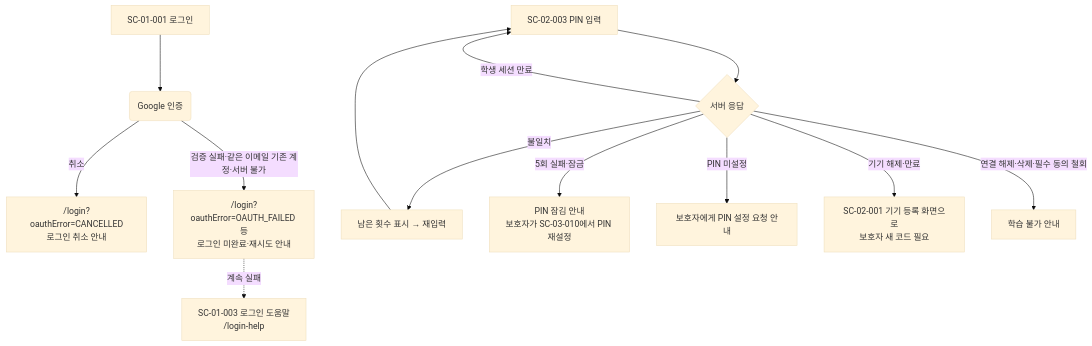
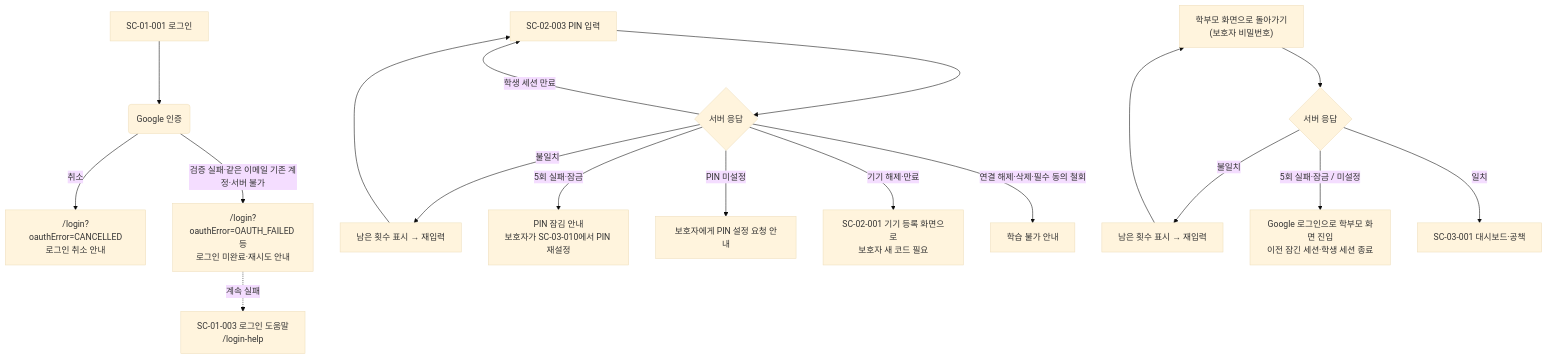
The sixth of 12 diagrams in docs/design/user-flow.md (SKNETWORKS-FAMILY-AICAMP/SKN34-FINAL-3TEAM), drawn with Mermaid (base theme) before and after one commit. The commit also changed other lines of this file and 6 other files, not shown here.

````diff
--- a/docs/design/user-flow.md
+++ b/docs/design/user-flow.md
@@ -210,15 +223,20 @@
 ```mermaid
 flowchart TD
   L["SC-01-001 로그인"] --> G("Google 인증")
   G -->|"취소"| E1["/login?oauthError=CANCELLED<br/>로그인 취소 안내"]
   G -->|"검증 실패·같은 이메일 기존 계정·서버 불가"| E2["/login?oauthError=OAUTH_FAILED 등<br/>로그인 미완료·재시도 안내"]
   E2 -.->|"계속 실패"| E3["SC-01-003 로그인 도움말<br/>/login-help"]
 
   K["SC-02-003 PIN 입력"] --> PIN{"서버 응답"}
   PIN -->|"불일치"| R1["남은 횟수 표시 → 재입력"] --> K
   PIN -->|"5회 실패·잠금"| R2["PIN 잠김 안내<br/>보호자가 SC-03-010에서 PIN 재설정"]
   PIN -->|"PIN 미설정"| R3["보호자에게 PIN 설정 요청 안내"]
   PIN -->|"기기 해제·만료"| R4["SC-02-001 기기 등록 화면으로<br/>보호자 새 코드 필요"]
   PIN -->|"연결 해제·삭제·필수 동의 철회"| R5["학습 불가 안내"]
   PIN -->|"학생 세션 만료"| K
+
+  U["학부모 화면으로 돌아가기<br/>(보호자 비밀번호)"] --> UN{"서버 응답"}
+  UN -->|"불일치"| U1["남은 횟수 표시 → 재입력"] --> U
+  UN -->|"5회 실패·잠금 / 미설정"| U2["Google 로그인으로 학부모 화면 진입<br/>이전 잠긴 세션·학생 세션 종료"]
+  UN -->|"일치"| U3["SC-03-001 대시보드·공책"]
 ```
````
